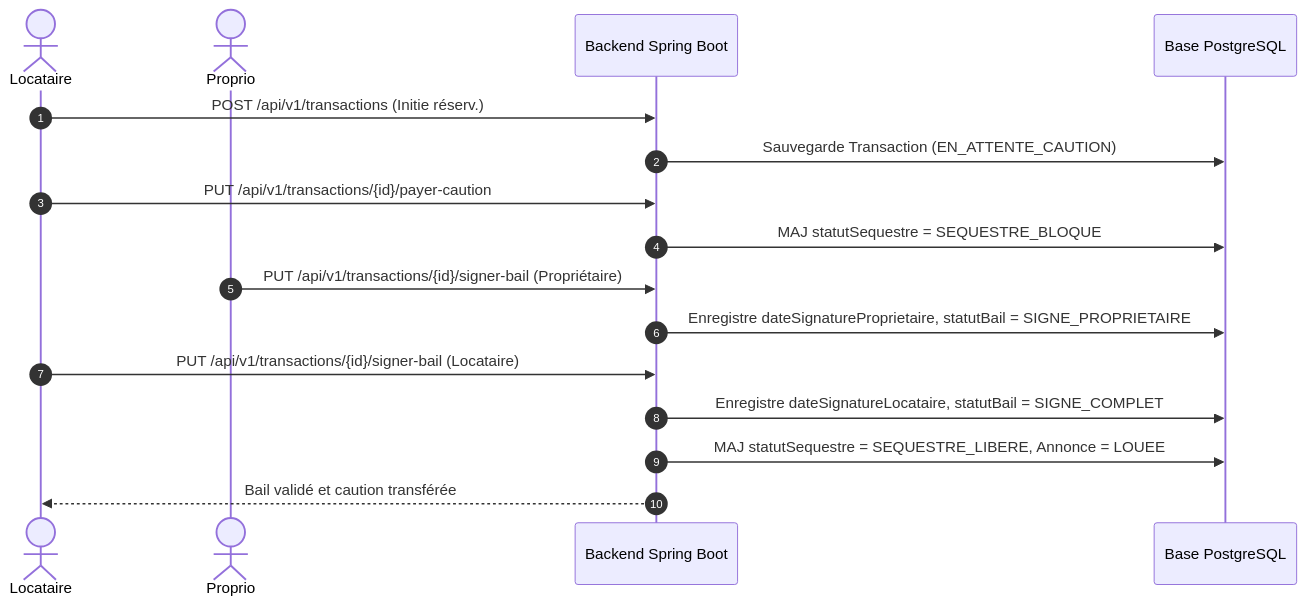
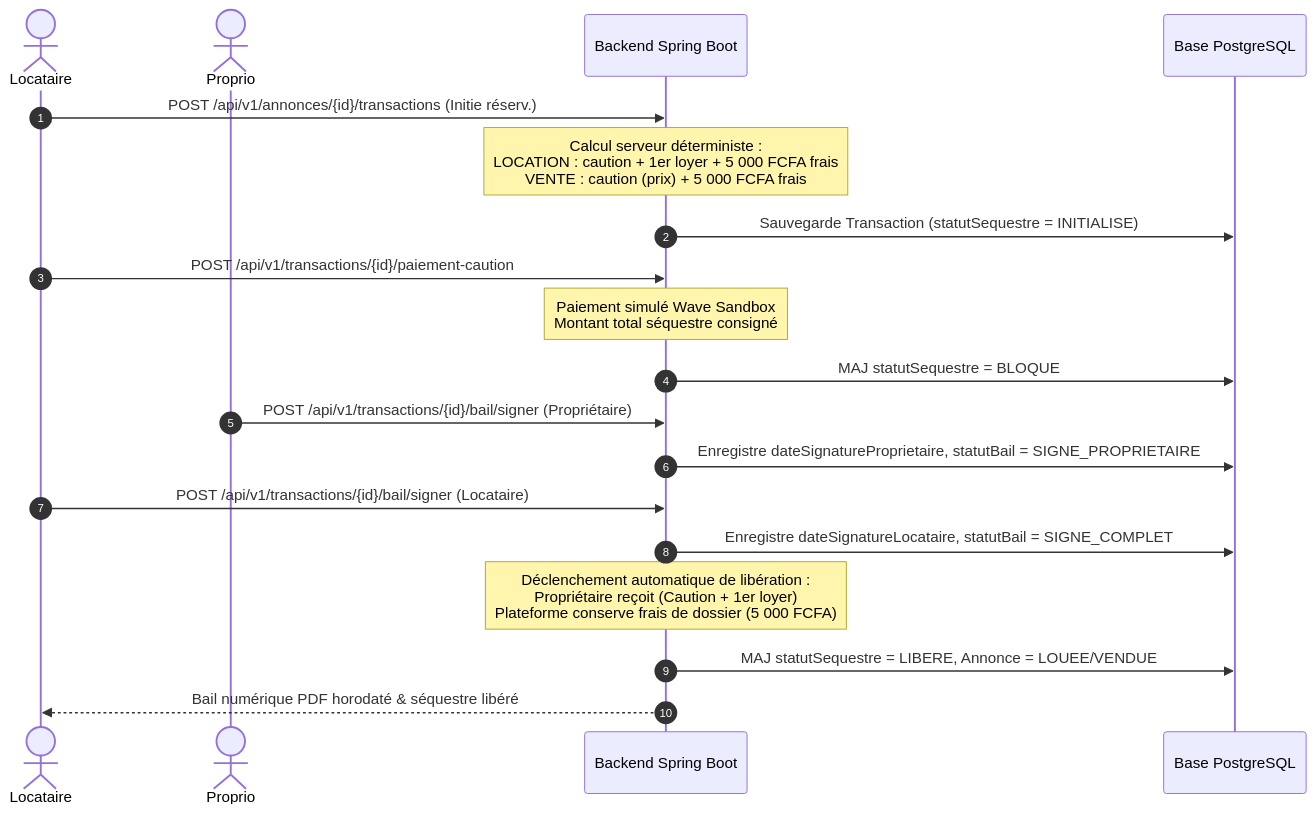
One commit to Mahou-Dev/Ecourtier2026 changed the fourth of 4 diagrams in README.md. Above: the diagram before and after it, drawn with Mermaid. The commit also changed other lines of this file and 58 other files, not shown here.

````diff
--- a/README.md
+++ b/README.md
@@ -166,19 +166,22 @@
 ```mermaid
 sequenceDiagram
     autonumber
     actor Locataire
     actor Proprio
     participant API as Backend Spring Boot
     participant DB as Base PostgreSQL
 
-    Locataire->>API: POST /api/v1/transactions (Initie réserv.)
-    API->>DB: Sauvegarde Transaction (EN_ATTENTE_CAUTION)
-    Locataire->>API: PUT /api/v1/transactions/{id}/payer-caution
-    API->>DB: MAJ statutSequestre = SEQUESTRE_BLOQUE
-    Proprio->>API: PUT /api/v1/transactions/{id}/signer-bail (Propriétaire)
+    Locataire->>API: POST /api/v1/annonces/{id}/transactions (Initie réserv.)
+    Note over API: Calcul serveur déterministe :<br/>LOCATION : caution + 1er loyer + 5 000 FCFA frais<br/>VENTE : caution (prix) + 5 000 FCFA frais
+    API->>DB: Sauvegarde Transaction (statutSequestre = INITIALISE)
+    Locataire->>API: POST /api/v1/transactions/{id}/paiement-caution
+    Note over API: Paiement simulé Wave Sandbox<br/>Montant total séquestre consigné
+    API->>DB: MAJ statutSequestre = BLOQUE
+    Proprio->>API: POST /api/v1/transactions/{id}/bail/signer (Propriétaire)
     API->>DB: Enregistre dateSignatureProprietaire, statutBail = SIGNE_PROPRIETAIRE
-    Locataire->>API: PUT /api/v1/transactions/{id}/signer-bail (Locataire)
+    Locataire->>API: POST /api/v1/transactions/{id}/bail/signer (Locataire)
     API->>DB: Enregistre dateSignatureLocataire, statutBail = SIGNE_COMPLET
-    API->>DB: MAJ statutSequestre = SEQUESTRE_LIBERE, Annonce = LOUEE
-    API-->>Locataire: Bail validé et caution transférée
+    Note over API: Déclenchement automatique de libération :<br/>Propriétaire reçoit (Caution + 1er loyer)<br/>Plateforme conserve frais de dossier (5 000 FCFA)
+    API->>DB: MAJ statutSequestre = LIBERE, Annonce = LOUEE/VENDUE
+    API-->>Locataire: Bail numérique PDF horodaté & séquestre libéré
 ```
````
